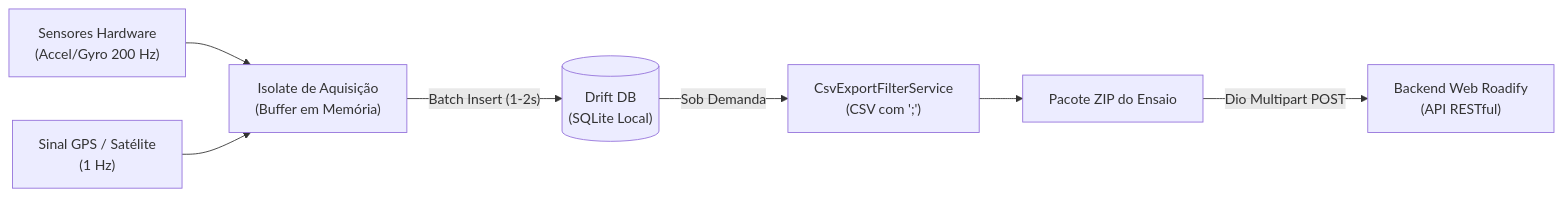
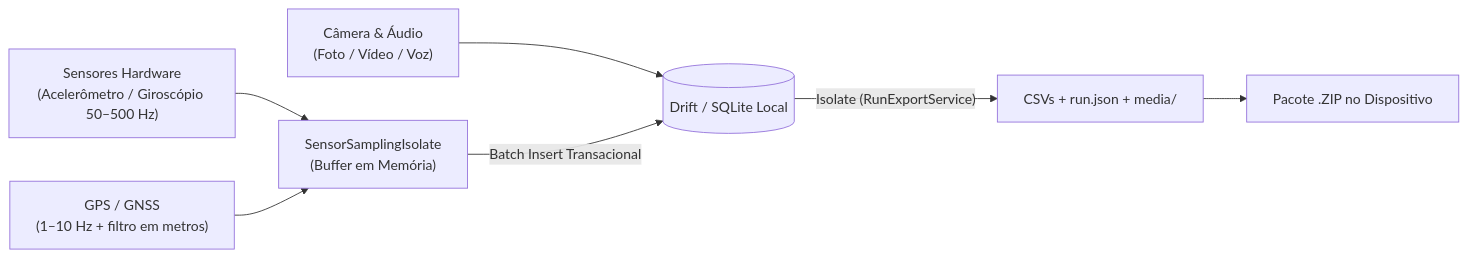
One commit to ValberSales/roadify-mobile changed the diagram in README.md. Above: the diagram before and after it, drawn with Mermaid. The commit also changed other lines of this file and 1 other file, not shown here.

````diff
--- a/README.md
+++ b/README.md
@@ -95,9 +127,9 @@
 ```mermaid
 flowchart LR
-    A["Sensores Hardware<br/>(Accel/Gyro 200 Hz)"] --> B["Isolate de Aquisição<br/>(Buffer em Memória)"]
-    C["Sinal GPS / Satélite<br/>(1 Hz)"] --> B
-    B -->|"Batch Insert (1-2s)"| D[("Drift DB<br/>(SQLite Local)")]
-    D -->|"Sob Demanda"| E["CsvExportFilterService<br/>(CSV com ';')"]
-    E --> F["Pacote ZIP do Ensaio"]
-    F -->|"Dio Multipart POST"| G["Backend Web Roadify<br/>(API RESTful)"]
+    A["Sensores Hardware<br/>(Acelerômetro / Giroscópio 50–500 Hz)"] --> B["SensorSamplingIsolate<br/>(Buffer em Memória)"]
+    C["GPS / GNSS<br/>(1–10 Hz + filtro em metros)"] --> B
+    M["Câmera & Áudio<br/>(Foto / Vídeo / Voz)"] --> D
+    B -->|"Batch Insert Transacional"| D[("Drift / SQLite Local")]
+    D -->|"Isolate (RunExportService)"| E["CSVs + run.json + media/"]
+    E --> F["Pacote .ZIP no Dispositivo"]
 ```
````
